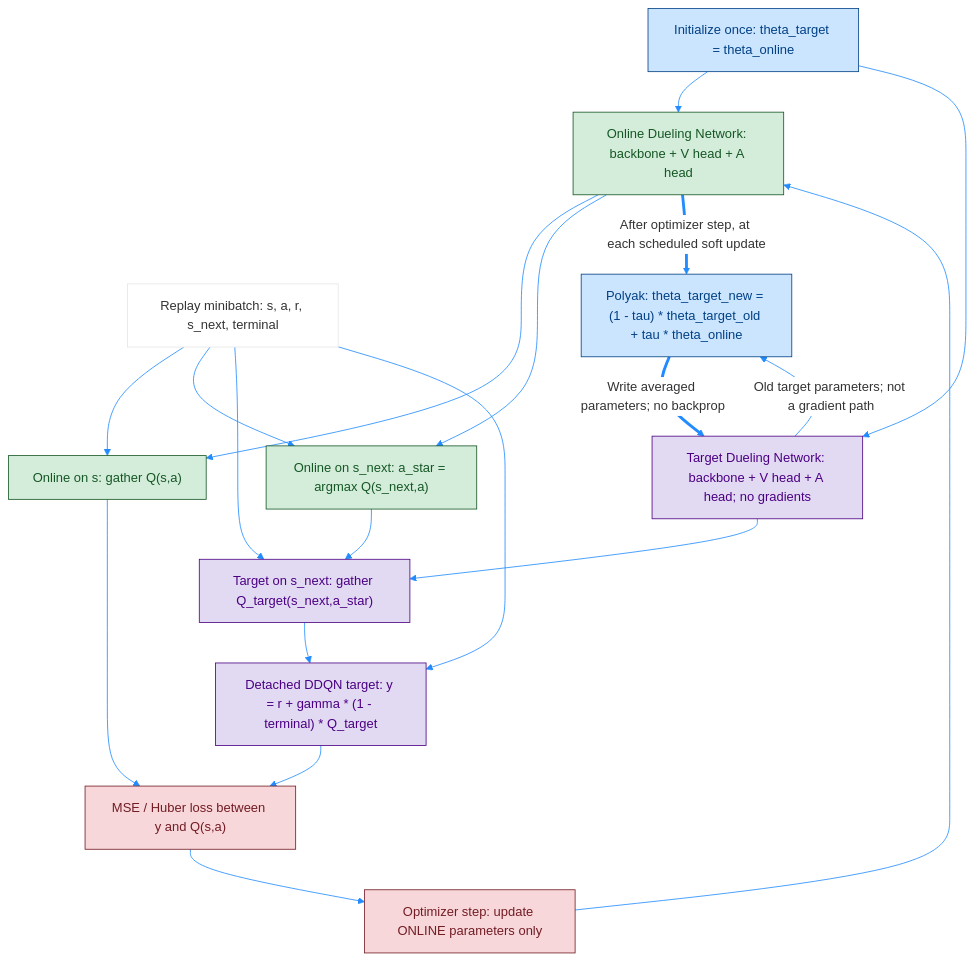
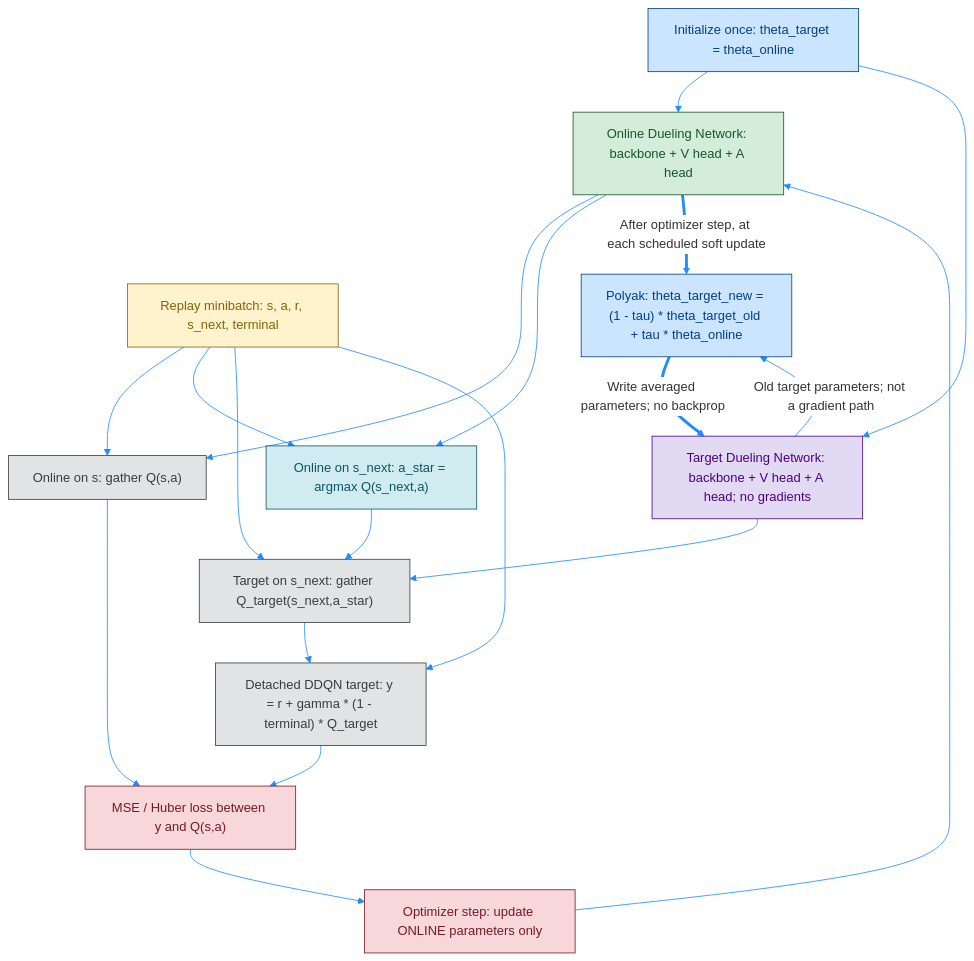
One commit to Open-Source-Robotics-For-Myanmar/rl changed the fifth of 5 diagrams in Day81 RL python/02_Miguel Morales - Grokking Deep Reinforcement Learning/02_rl_with_dl/rom_photos/04_1_VB_Dueling_DDQN.md. Above: the diagram before and after it, drawn with Mermaid. The commit also changed other lines of this file and 12 other files, not shown here.

````diff
--- a/Day81 RL python/02_Miguel Morales - Grokking Deep Reinforcement Learning/02_rl_with_dl/rom_photos/04_1_VB_Dueling_DDQN.md
+++ b/Day81 RL python/02_Miguel Morales - Grokking Deep Reinforcement Learning/02_rl_with_dl/rom_photos/04_1_VB_Dueling_DDQN.md
@@ -216,33 +251,40 @@
 ```mermaid
 %%{init: {'theme': 'base', 'themeVariables': { 'primaryColor': '#ffffff', 'lineColor': '#218bff'}}}%%
 graph TD
     Init["Initialize once: theta_target = theta_online"]
     Init --> Online["Online Dueling Network: backbone + V head + A head"]
     Init --> Target["Target Dueling Network: backbone + V head + A head; no gradients"]
     Batch["Replay minibatch: s, a, r, s_next, terminal"] --> Current["Online on s: gather Q(s,a)"]
     Online --> Current
     Batch --> Select["Online on s_next: a_star = argmax Q(s_next,a)"]
     Online --> Select
     Batch --> Evaluate["Target on s_next: gather Q_target(s_next,a_star)"]
     Target --> Evaluate
     Select --> Evaluate
     Evaluate --> Y["Detached DDQN target: y = r + gamma * (1 - terminal) * Q_target"]
     Batch --> Y
     Current --> Loss["MSE / Huber loss between y and Q(s,a)"]
     Y --> Loss
     Loss --> Optimizer["Optimizer step: update ONLINE parameters only"]
     Optimizer --> Online
 
     Online ==>|"After optimizer step, at each scheduled soft update"| Polyak["Polyak: theta_target_new = (1 - tau) * theta_target_old + tau * theta_online"]
     Target -->|"Old target parameters; not a gradient path"| Polyak
     Polyak ==>|"Write averaged parameters; no backprop"| Target
 
-    classDef online fill:#d4edda,stroke:#155724,color:#155724;
-    classDef target fill:#e2d9f3,stroke:#4b0082,color:#4b0082;
-    classDef update fill:#cce5ff,stroke:#004085,color:#004085;
-    classDef optimization fill:#f8d7da,stroke:#721c24,color:#721c24;
-    class Online,Current,Select online;
-    class Target,Evaluate,Y target;
-    class Init,Polyak update;
-    class Loss,Optimizer optimization;
+    classDef data fill:#cce5ff,stroke:#004085,stroke-width:1px,color:#004085;
+    classDef batch fill:#fff3cd,stroke:#856404,stroke-width:1px,color:#856404;
+    classDef train fill:#f8d7da,stroke:#721c24,stroke-width:1px,color:#721c24;
+    classDef process fill:#d1ecf1,stroke:#0c5460,stroke-width:1px,color:#0c5460;
+    classDef result fill:#e2e3e5,stroke:#383d41,stroke-width:1px,color:#383d41;
+    classDef onlineNetwork fill:#d4edda,stroke:#155724,stroke-width:1px,color:#155724;
+    classDef targetNetwork fill:#e2d9f3,stroke:#4b0082,stroke-width:1px,color:#4b0082;
+
+    class Init,Polyak data;
+    class Batch batch;
+    class Loss,Optimizer train;
+    class Select process;
+    class Current,Evaluate,Y result;
+    class Online onlineNetwork;
+    class Target targetNetwork;
 ```
````
